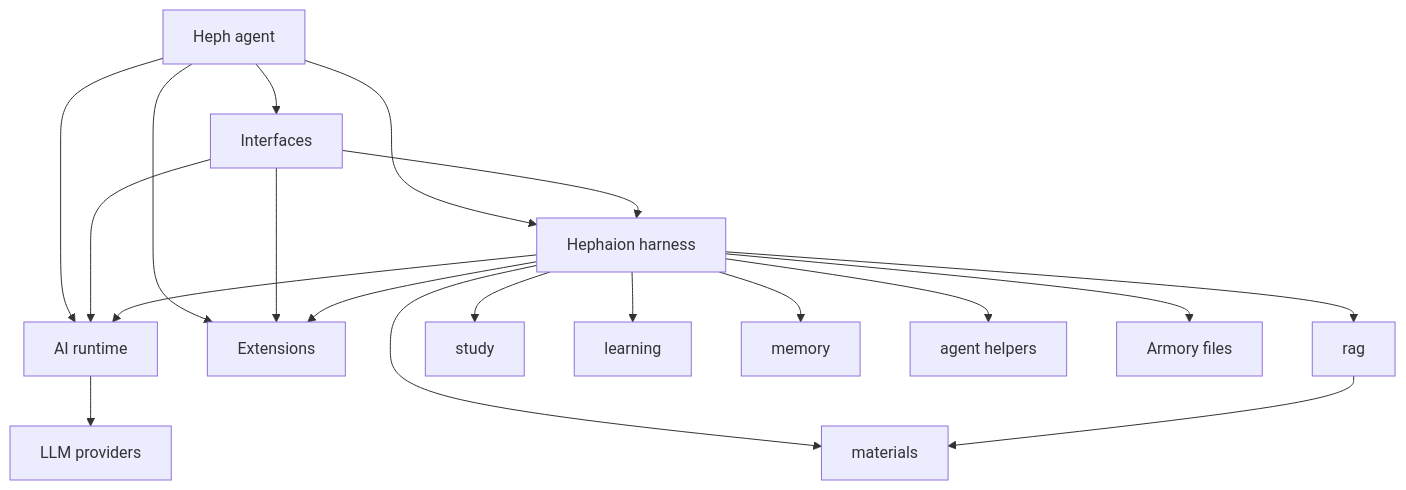
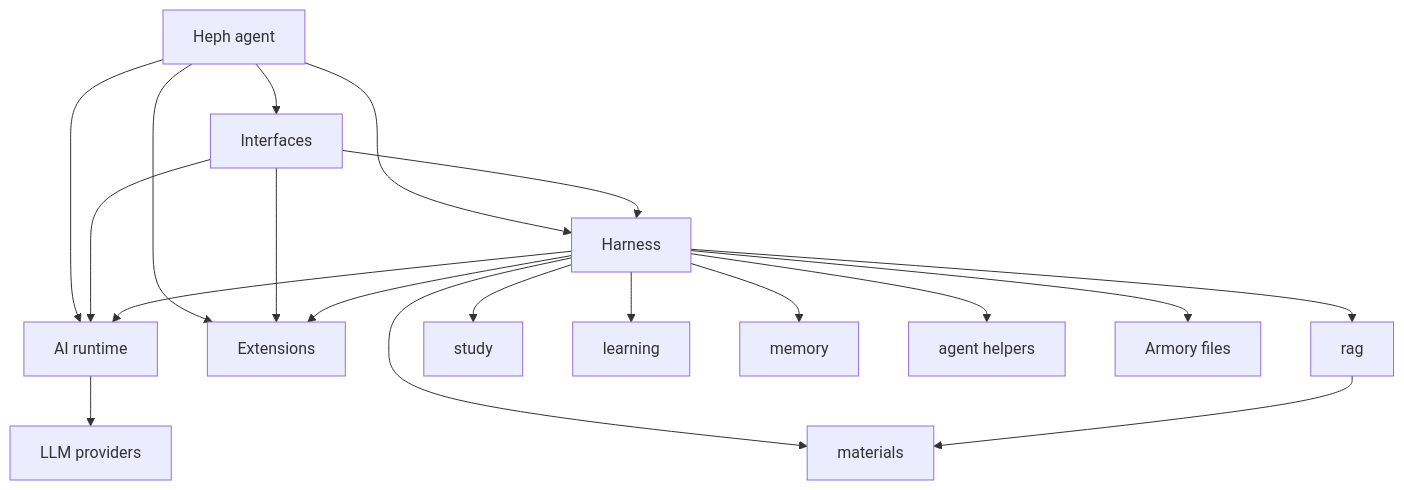
One commit to gildrb/heph changed the first of 3 diagrams in docs/architecture.md. Above: the diagram before and after it, drawn with Mermaid. The commit also changed other lines of this file and 45 other files, not shown here.

````diff
--- a/docs/architecture.md
+++ b/docs/architecture.md
@@ -68,21 +68,21 @@
 ```mermaid
 graph TD
     Heph["Heph agent"] --> Interfaces["Interfaces"]
-    Heph --> Harness["Hephaion harness"]
+    Heph --> Harness["Harness"]
     Heph --> AI["AI runtime"]
     Heph --> Extensions["Extensions"]
     Interfaces --> Harness
     Interfaces --> AI
     Interfaces --> Extensions
     Harness --> AI
     Harness --> Extensions
     Harness --> Materials["materials"]
     Harness --> RAG["rag"]
     Harness --> Study["study"]
     Harness --> Learning["learning"]
     Harness --> Memory["memory"]
     Harness --> AgentLoop["agent helpers"]
     RAG --> Materials
     AI --> LLM["LLM providers"]
     Harness --> FileStore["Armory files"]
 ```
````
